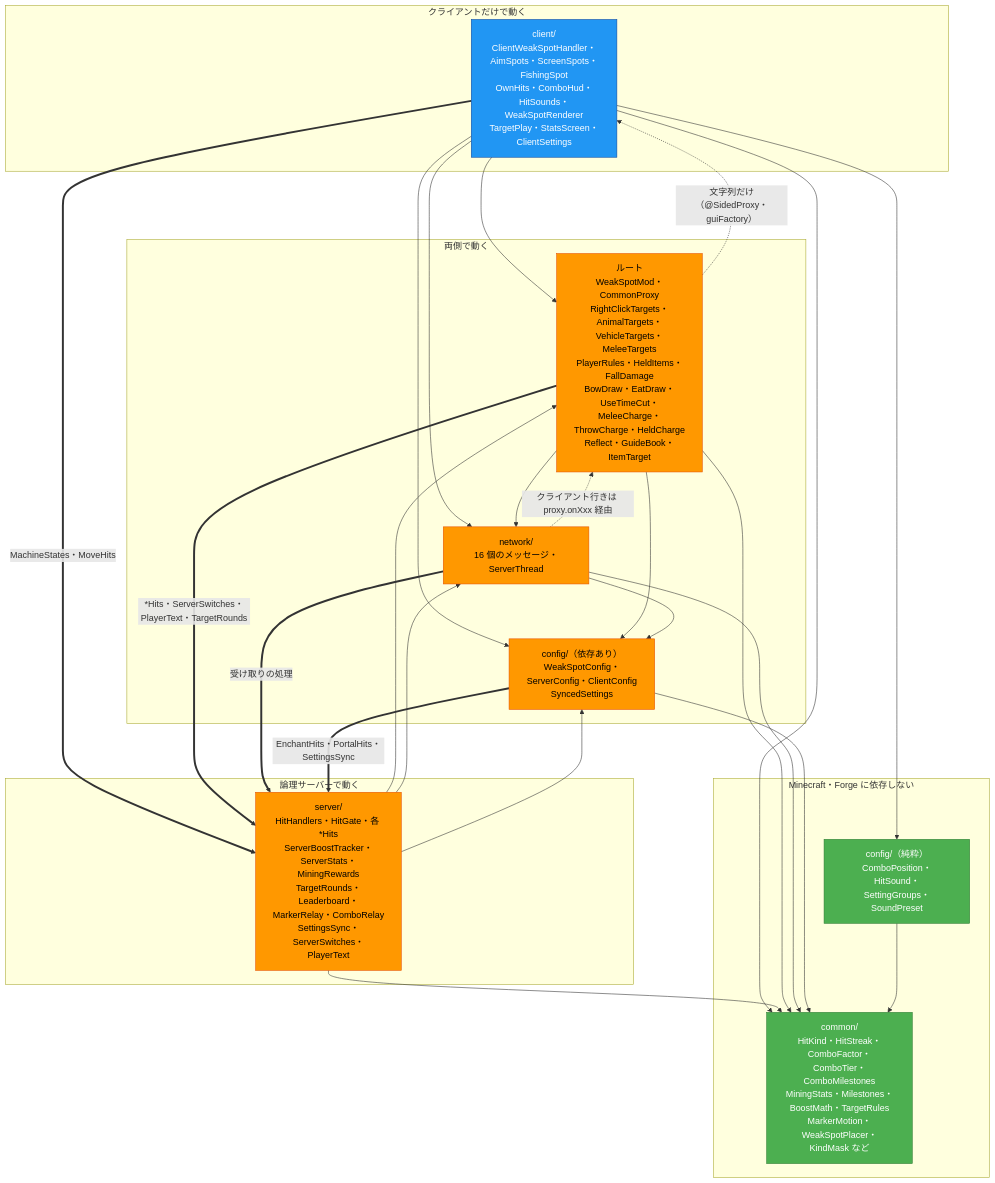
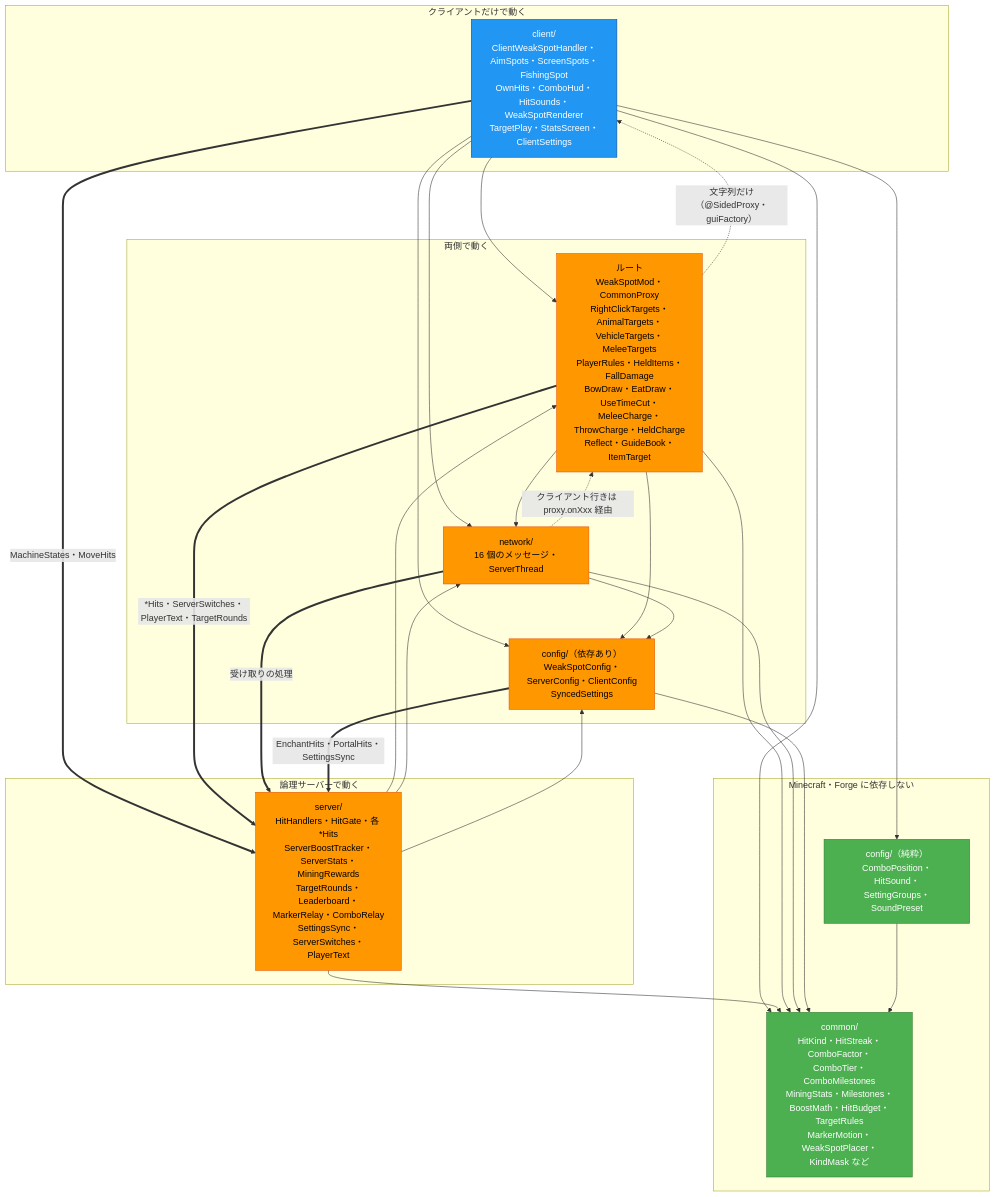
The diagram in doc/diagrams/01-overview.md (zeusisgood/weakspot), drawn with Mermaid before and after one commit. The commit also changed 14 other files, not shown here.

First line of the commit message:
Release 1.11.6: 採掘で見えない壁（ゴーストブロック）が残る不具合の修正・ヒットの間隔を HitBudget に（issue #38）

````diff
--- a/doc/diagrams/01-overview.md
+++ b/doc/diagrams/01-overview.md
@@ -7,53 +7,53 @@
 ```mermaid
 flowchart TB
     subgraph CLIENT_SIDE["クライアントだけで動く"]
         C["client/<br/>ClientWeakSpotHandler・AimSpots・ScreenSpots・FishingSpot<br/>OwnHits・ComboHud・HitSounds・WeakSpotRenderer<br/>TargetPlay・StatsScreen・ClientSettings"]
     end
 
     subgraph BOTH_SIDES["両側で動く"]
         R["ルート<br/>WeakSpotMod・CommonProxy<br/>RightClickTargets・AnimalTargets・VehicleTargets・MeleeTargets<br/>PlayerRules・HeldItems・FallDamage<br/>BowDraw・EatDraw・UseTimeCut・MeleeCharge・ThrowCharge・HeldCharge<br/>Reflect・GuideBook・ItemTarget"]
         N["network/<br/>16 個のメッセージ・ServerThread"]
         CFGMC["config/（依存あり）<br/>WeakSpotConfig・ServerConfig・ClientConfig<br/>SyncedSettings"]
     end
 
     subgraph SERVER_SIDE["論理サーバーで動く"]
         S["server/<br/>HitHandlers・HitGate・各 *Hits<br/>ServerBoostTracker・ServerStats・MiningRewards<br/>TargetRounds・Leaderboard・MarkerRelay・ComboRelay<br/>SettingsSync・ServerSwitches・PlayerText"]
     end
 
     subgraph PURE["Minecraft・Forge に依存しない"]
         CFGP["config/（純粋）<br/>ComboPosition・HitSound・SettingGroups・SoundPreset"]
-        CM["common/<br/>HitKind・HitStreak・ComboFactor・ComboTier・ComboMilestones<br/>MiningStats・Milestones・BoostMath・TargetRules<br/>MarkerMotion・WeakSpotPlacer・KindMask など"]
+        CM["common/<br/>HitKind・HitStreak・ComboFactor・ComboTier・ComboMilestones<br/>MiningStats・Milestones・BoostMath・HitBudget・TargetRules<br/>MarkerMotion・WeakSpotPlacer・KindMask など"]
     end
 
     C --> R
     C --> N
     C --> CFGMC
     C --> CFGP
     C --> CM
     S --> R
     S --> N
     S --> CFGMC
     S --> CM
     R --> N
     R --> CFGMC
     R --> CM
     N --> CFGMC
     N --> CM
     CFGMC --> CM
     CFGP --> CM
 
     R -.->|"文字列だけ（@SidedProxy・guiFactory）"| C
     N -.->|"クライアント行きは proxy.onXxx 経由"| R
 
     C ==>|"MachineStates・MoveHits"| S
     R ==>|"*Hits・ServerSwitches・PlayerText・TargetRounds"| S
     N ==>|"受け取りの処理"| S
     CFGMC ==>|"EnchantHits・PortalHits・SettingsSync"| S
 
     classDef pure fill:#4CAF50,stroke:#2E7D32,color:#FFFFFF
     classDef mc fill:#FF9800,stroke:#E65100,color:#000000
     classDef clientOnly fill:#2196F3,stroke:#0D47A1,color:#FFFFFF
     class CM,CFGP pure
     class R,N,CFGMC,S mc
     class C clientOnly
 ```
````
